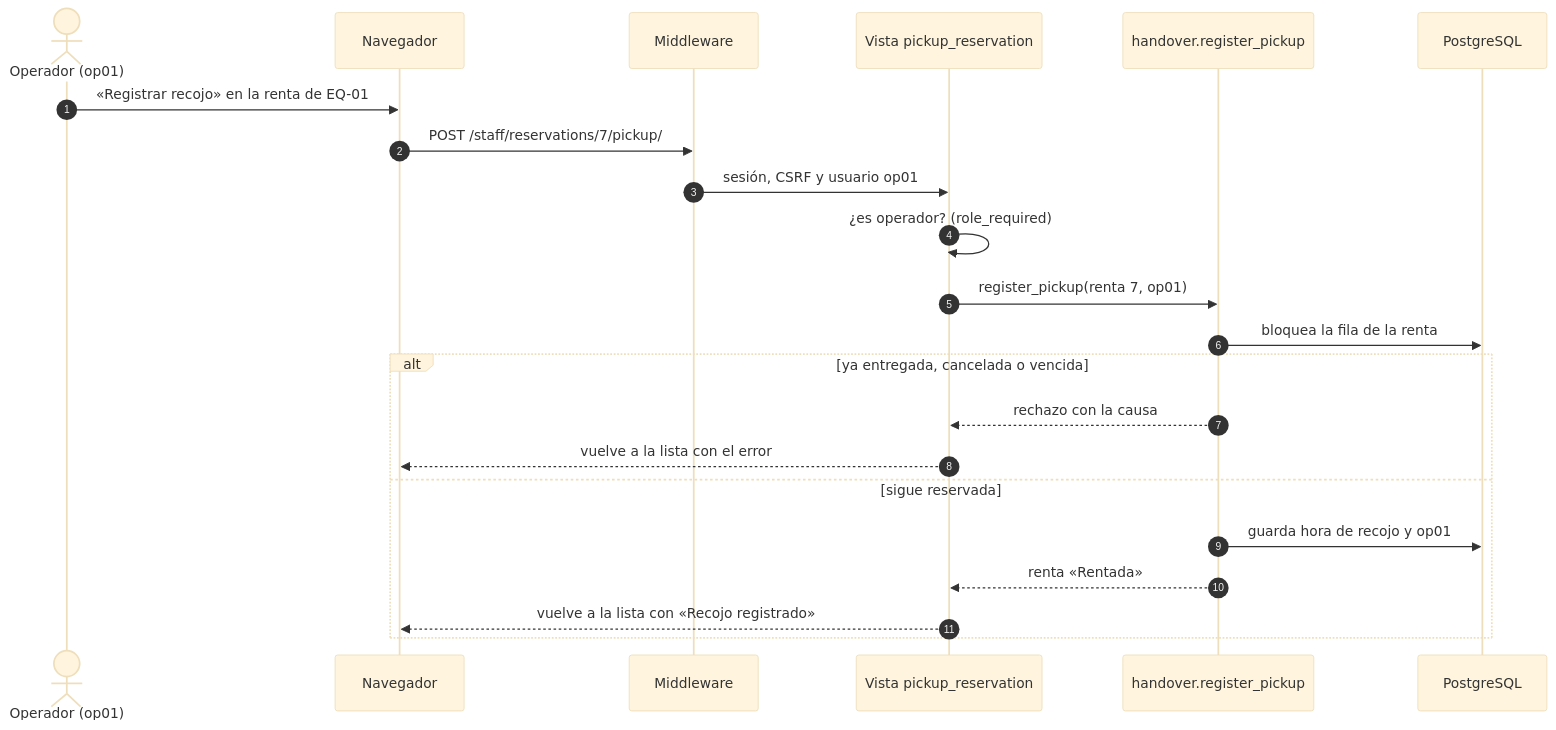
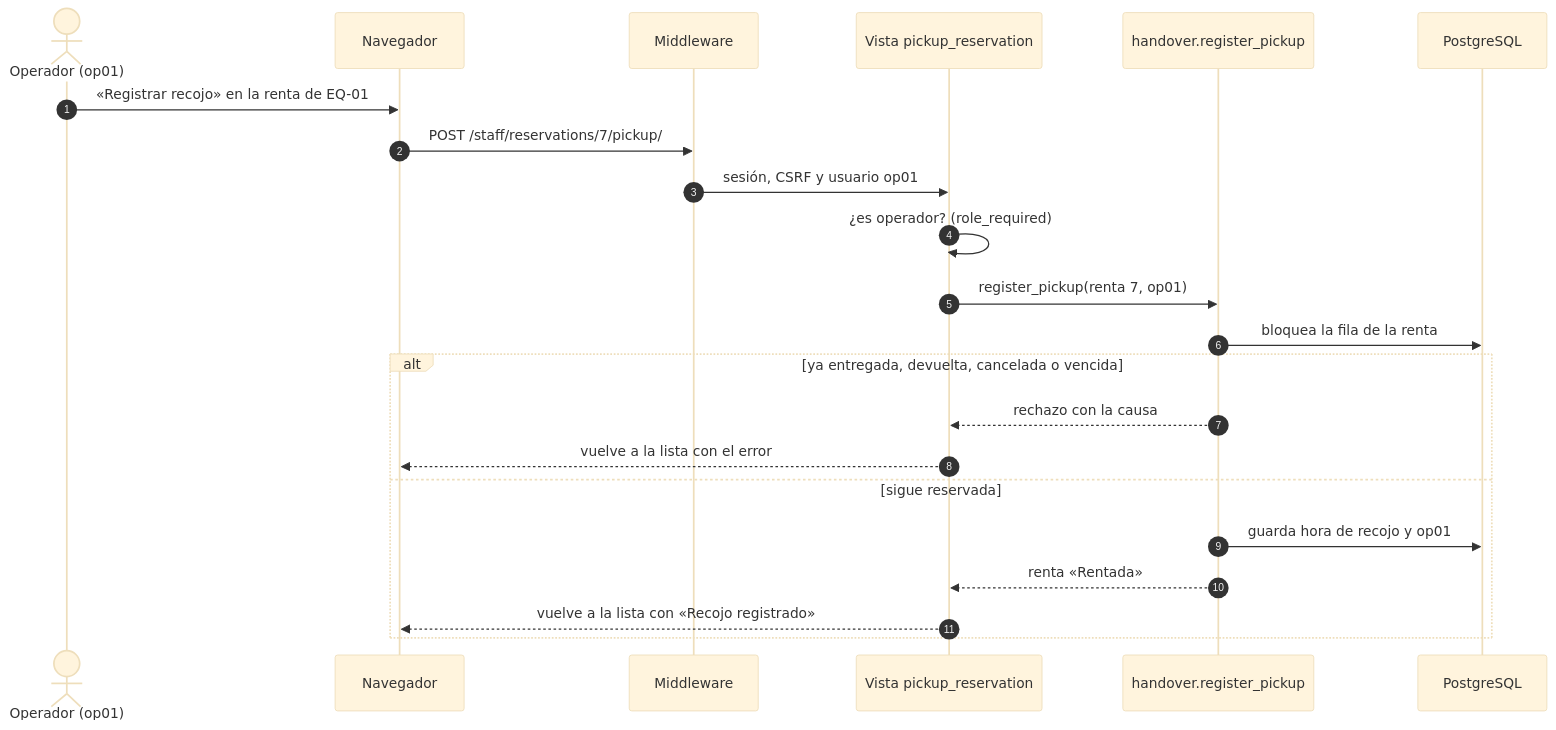
One commit to peterteranb/astra-rent-system changed the third of 7 diagrams in docs/casos-de-uso.md. Above: the diagram before and after it, drawn with Mermaid (base theme). The commit also changed other lines of this file and 3 other files, not shown here.

````diff
--- a/docs/casos-de-uso.md
+++ b/docs/casos-de-uso.md
@@ -146,25 +146,25 @@
 ```mermaid
 sequenceDiagram
     autonumber
     actor O as Operador (op01)
     participant N as Navegador
     participant M as Middleware
     participant V as Vista pickup_reservation
     participant U as handover.register_pickup
     participant BD as PostgreSQL
 
     O->>N: «Registrar recojo» en la renta de EQ-01
     N->>M: POST /staff/reservations/7/pickup/
     M->>V: sesión, CSRF y usuario op01
     V->>V: ¿es operador? (role_required)
     V->>U: register_pickup(renta 7, op01)
     U->>BD: bloquea la fila de la renta
-    alt ya entregada, cancelada o vencida
+    alt ya entregada, devuelta, cancelada o vencida
         U-->>V: rechazo con la causa
         V-->>N: vuelve a la lista con el error
     else sigue reservada
         U->>BD: guarda hora de recojo y op01
         U-->>V: renta «Rentada»
         V-->>N: vuelve a la lista con «Recojo registrado»
     end
 ```
````
